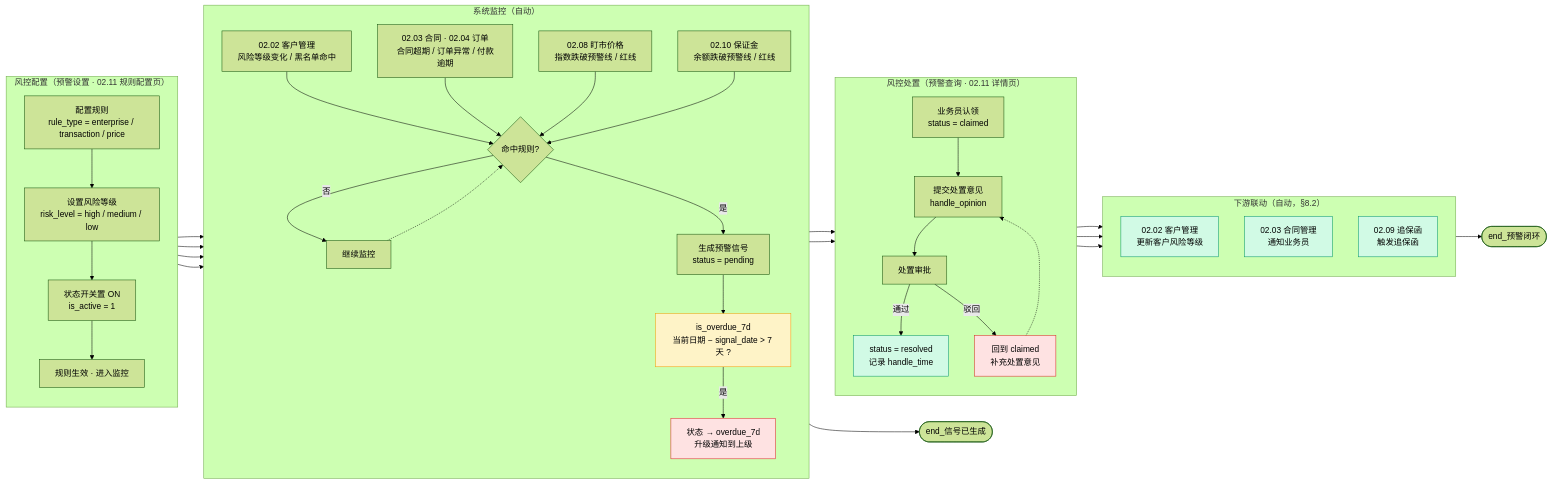
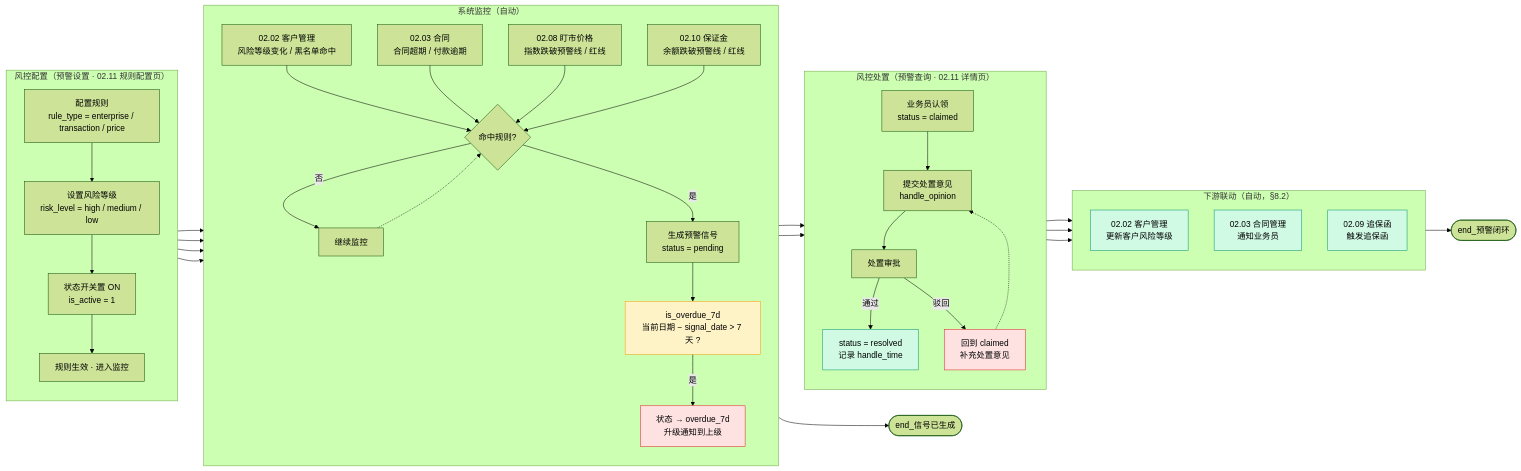
Before and after one commit to Ummyue/gyt-admin: the second of 6 diagrams in docs-v2/02.11-预警中心.md, drawn with Mermaid (forest theme). The commit also changed other lines of this file and 40 other files, not shown here.

````diff
--- a/docs-v2/02.11-预警中心.md
+++ b/docs-v2/02.11-预警中心.md
@@ -292,58 +302,58 @@
 ```mermaid
 flowchart LR
     subgraph S1["风控配置（预警设置 · 02.11 规则配置页）"]
         direction TB
         A1["配置规则<br/>rule_type = enterprise / transaction / price"] --> A2["设置风险等级<br/>risk_level = high / medium / low"]
         A2 --> A3["状态开关置 ON<br/>is_active = 1"]
         A3 --> A4["规则生效 · 进入监控"]
     end
 
     subgraph S2["系统监控（自动）"]
         direction TB
         B1["02.02 客户管理<br/>风险等级变化 / 黑名单命中"] --> B3{"命中规则?"}
-        B2["02.03 合同 · 02.04 订单<br/>合同超期 / 订单异常 / 付款逾期"] --> B3
+        B2["02.03 合同<br/>合同超期 / 付款逾期"] --> B3
         B4["02.08 盯市价格<br/>指数跌破预警线 / 红线"] --> B3
         B5["02.10 保证金<br/>余额跌破预警线 / 红线"] --> B3
         B3 -->|否| B6["继续监控"] -.-> B3
         B3 -->|是| B7["生成预警信号<br/>status = pending"]
         B7 --> B8["is_overdue_7d<br/>当前日期 − signal_date > 7 天 ?"]
         B8 -->|是| B9["状态 → overdue_7d<br/>升级通知到上级"]
     end
 
     subgraph S3["风控处置（预警查询 · 02.11 详情页）"]
         direction TB
         C1["业务员认领<br/>status = claimed"] --> C2["提交处置意见<br/>handle_opinion"]
         C2 --> C3["处置审批"]
         C3 -->|通过| C4["status = resolved<br/>记录 handle_time"]
         C3 -->|驳回| C5["回到 claimed<br/>补充处置意见"] -.-> C2
     end
 
     subgraph S4["下游联动（自动，§8.2）"]
         direction TB
         D1["02.02 客户管理<br/>更新客户风险等级"]
         D2["02.03 合同管理<br/>通知业务员"]
         D3["02.09 追保函<br/>触发追保函"]
     end
 
     A4 --> B1
     A4 --> B2
     A4 --> B4
     A4 --> B5
     B7 --> C1
     B9 --> C1
     C4 --> D1
     C4 --> D2
     C4 --> D3
 
     classDef danger fill:#fee2e2,stroke:#dc2626
     classDef warn fill:#fef3c7,stroke:#f59e0b
     classDef ok fill:#d1fae5,stroke:#059669
     class B9 danger
     class C5 danger
     class B8 warn
     class C4,D1,D2,D3 ok
     end_c1([end_信号已生成])
     end_c4([end_预警闭环])
     B7 --> end_c1
     D3 --> end_c4
 ```
````
